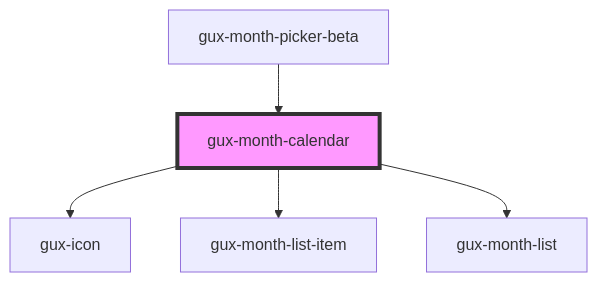
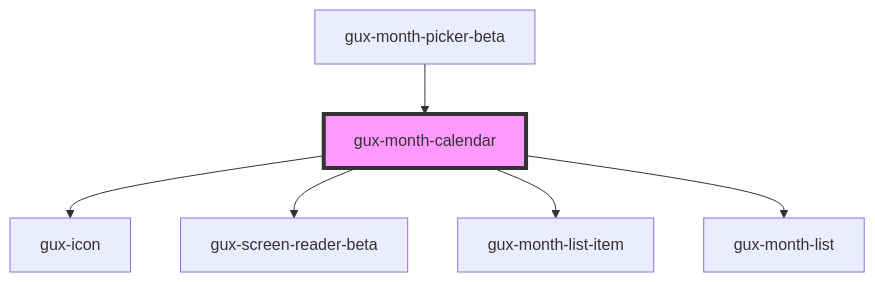
Before and after one commit to MyPureCloud/genesys-spark: the diagram in packages/genesys-spark-components/src/components/beta/gux-month-picker/gux-month-calendar/readme.md, drawn with Mermaid. The commit also changed other lines of this file and 4 other files, not shown here.

````diff
--- a/packages/genesys-spark-components/src/components/beta/gux-month-picker/gux-month-calendar/readme.md
+++ b/packages/genesys-spark-components/src/components/beta/gux-month-picker/gux-month-calendar/readme.md
@@ -49,8 +50,9 @@
 ```mermaid
 graph TD;
   gux-month-calendar --> gux-icon
+  gux-month-calendar --> gux-screen-reader-beta
   gux-month-calendar --> gux-month-list-item
   gux-month-calendar --> gux-month-list
   gux-month-picker-beta --> gux-month-calendar
   style gux-month-calendar fill:#f9f,stroke:#333,stroke-width:4px
 ```
````
